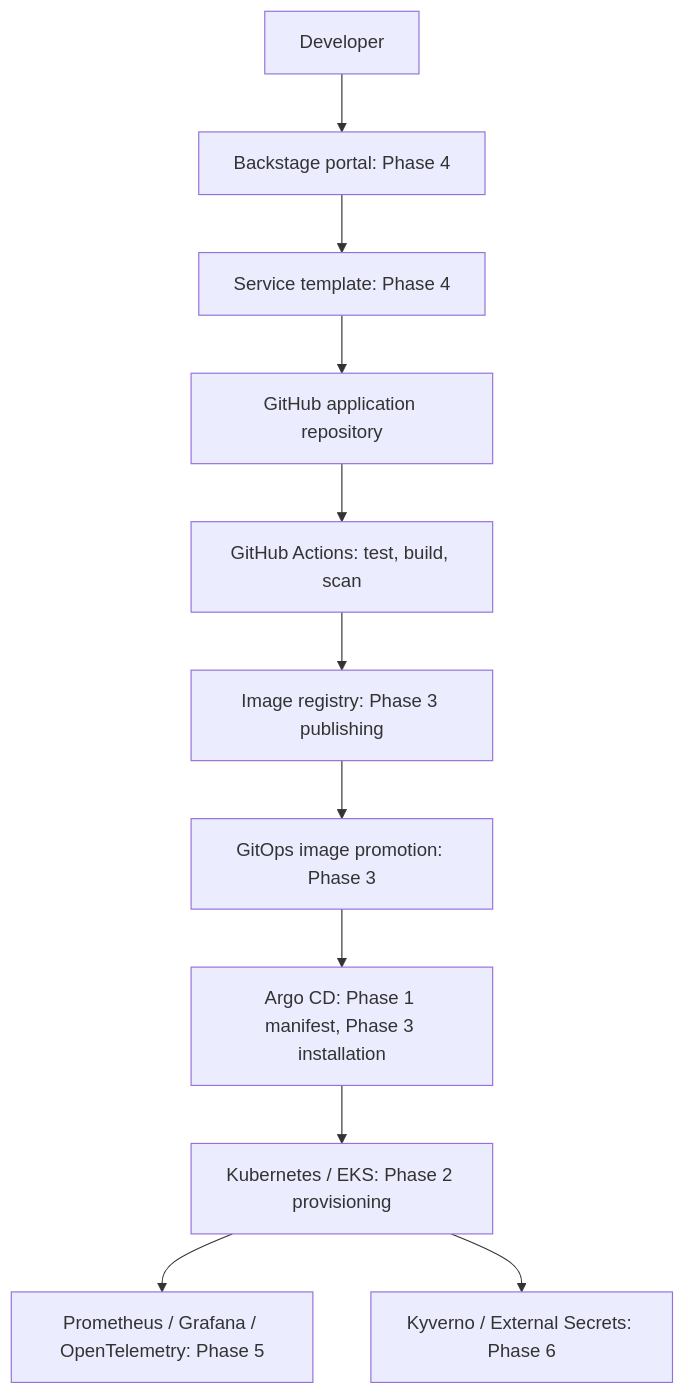
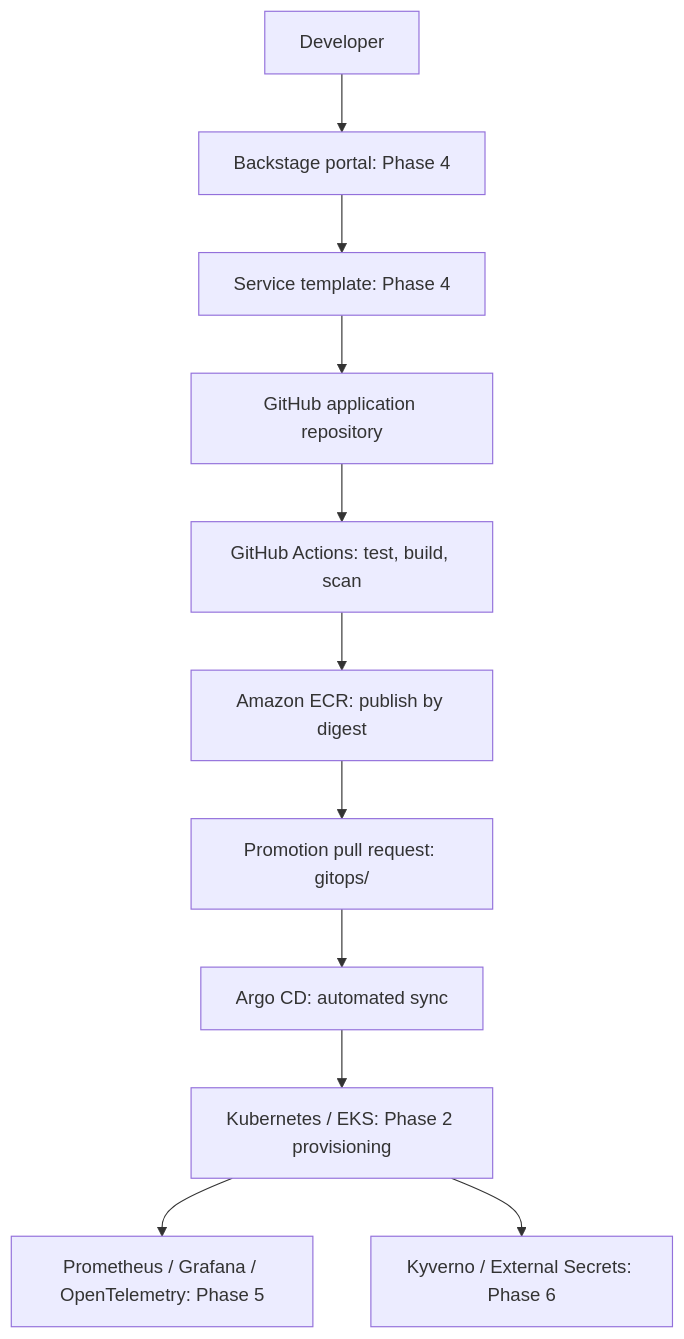
Before and after one commit to Audu25/platform-engineering-idp: the diagram in README.md, drawn with Mermaid. The commit also changed other lines of this file and 21 other files, not shown here.

First line of the commit message:
Phase 3: GitOps delivery

````diff
--- a/README.md
+++ b/README.md
@@ -14,13 +14,13 @@
 ```mermaid
 flowchart TD
   Developer --> Backstage[Backstage portal: Phase 4]
   Backstage --> Template[Service template: Phase 4]
   Template --> Repo[GitHub application repository]
   Repo --> CI[GitHub Actions: test, build, scan]
-  CI --> Registry[Image registry: Phase 3 publishing]
-  Registry --> GitOps[GitOps image promotion: Phase 3]
-  GitOps --> Argo[Argo CD: Phase 1 manifest, Phase 3 installation]
+  CI --> Registry[Amazon ECR: publish by digest]
+  Registry --> GitOps[Promotion pull request: gitops/]
+  GitOps --> Argo[Argo CD: automated sync]
   Argo --> EKS[Kubernetes / EKS: Phase 2 provisioning]
   EKS --> Observability[Prometheus / Grafana / OpenTelemetry: Phase 5]
   EKS --> Security[Kyverno / External Secrets: Phase 6]
 ```
````
